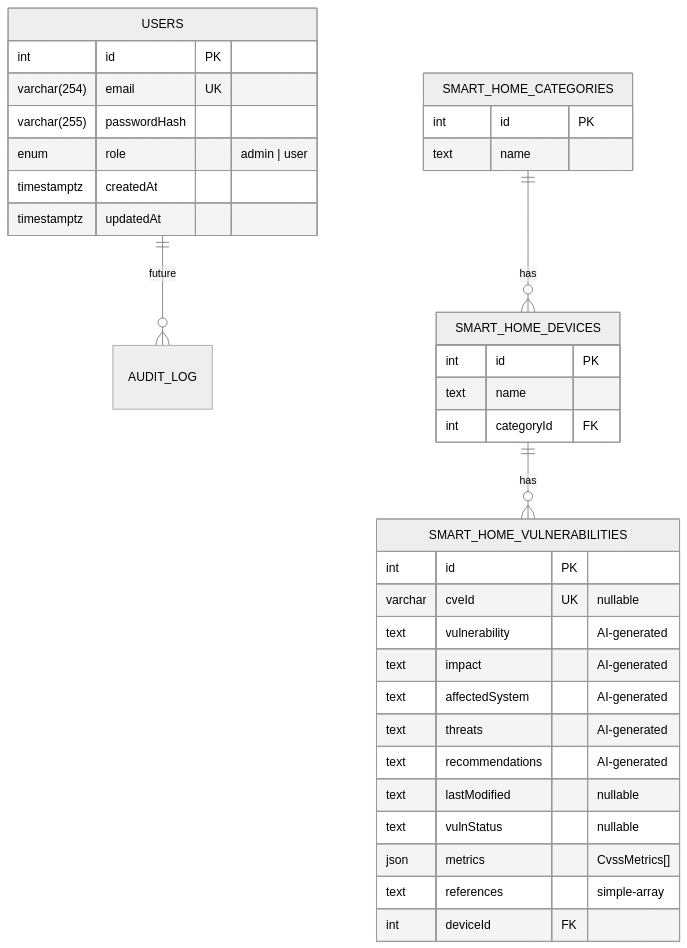
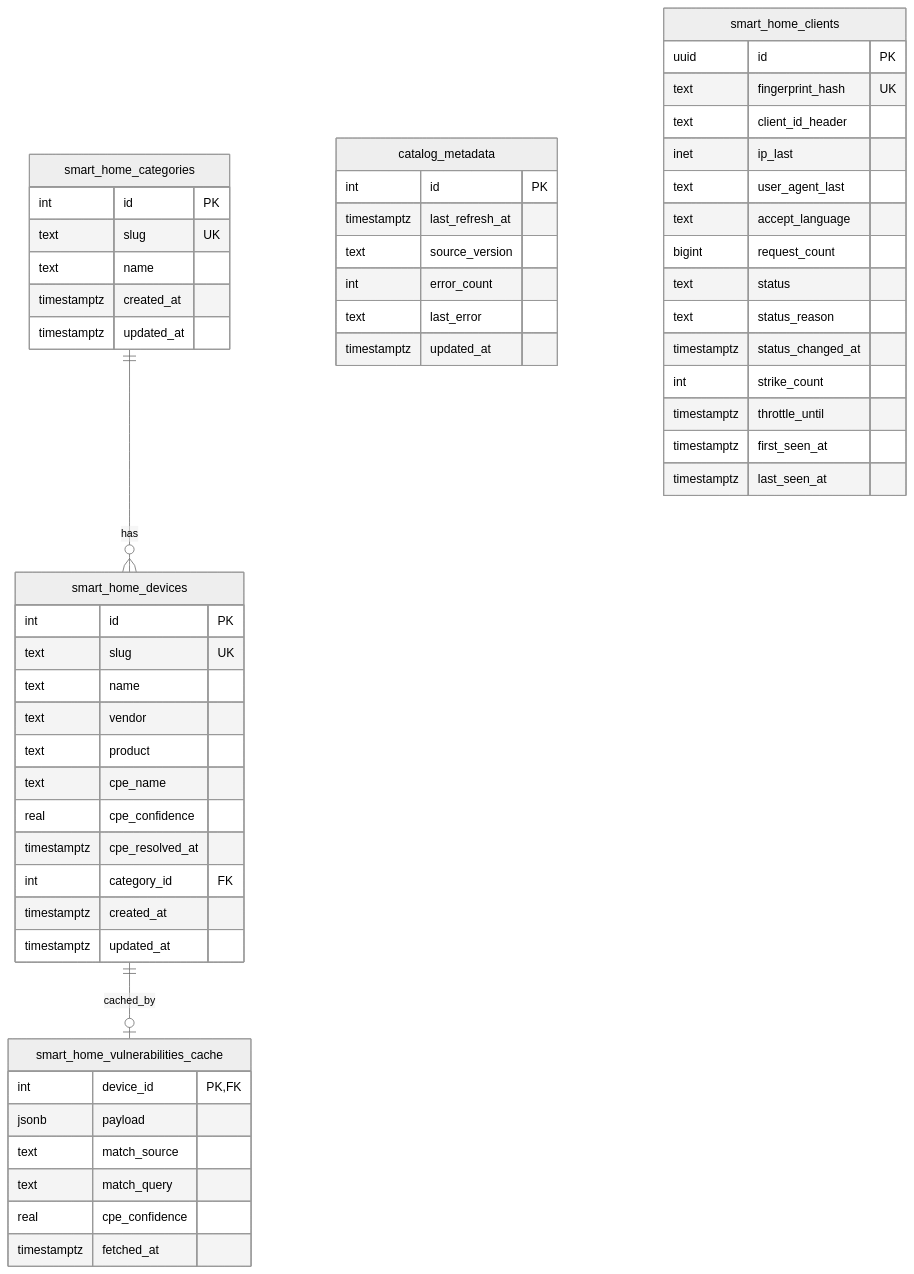
The second of 3 diagrams in docs/ARCHITECTURE.md (josebright/iot-deviceshield), drawn with Mermaid (neutral theme) before and after one commit. The commit also changed other lines of this file and 6 other files, not shown here.

First line of the commit message:
docs: rewrite for local-Ollama architecture; relicense PolyForm Noncommercial 1.0

````diff
--- a/docs/ARCHITECTURE.md
+++ b/docs/ARCHITECTURE.md
@@ -56,38 +58,57 @@
 ```mermaid
 erDiagram
-  USERS ||--o{ AUDIT_LOG : "future"
-  SMART_HOME_CATEGORIES ||--o{ SMART_HOME_DEVICES : has
-  SMART_HOME_DEVICES    ||--o{ SMART_HOME_VULNERABILITIES : has
-
-  USERS {
-    int id PK
-    varchar(254) email UK
-    varchar(255) passwordHash
-    enum role "admin | user"
-    timestamptz createdAt
-    timestamptz updatedAt
-  }
-  SMART_HOME_CATEGORIES {
-    int id PK
-    text name
-  }
-  SMART_HOME_DEVICES {
-    int id PK
-    text name
-    int categoryId FK
-  }
-  SMART_HOME_VULNERABILITIES {
-    int id PK
-    varchar cveId UK "nullable"
-    text vulnerability "AI-generated"
-    text impact        "AI-generated"
-    text affectedSystem "AI-generated"
-    text threats       "AI-generated"
-    text recommendations "AI-generated"
-    text lastModified "nullable"
-    text vulnStatus   "nullable"
-    json metrics       "CvssMetrics[]"
-    text references    "simple-array"
-    int deviceId FK
-  }
+    smart_home_categories ||--o{ smart_home_devices : has
+    smart_home_devices ||--o| smart_home_vulnerabilities_cache : cached_by
+    smart_home_categories {
+        int id PK
+        text slug UK
+        text name
+        timestamptz created_at
+        timestamptz updated_at
+    }
+    smart_home_devices {
+        int id PK
+        text slug UK
+        text name
+        text vendor
+        text product
+        text cpe_name
+        real cpe_confidence
+        timestamptz cpe_resolved_at
+        int category_id FK
+        timestamptz created_at
+        timestamptz updated_at
+    }
+    smart_home_vulnerabilities_cache {
+        int device_id PK, FK
+        jsonb payload
+        text match_source
+        text match_query
+        real cpe_confidence
+        timestamptz fetched_at
+    }
+    catalog_metadata {
+        int id PK
+        timestamptz last_refresh_at
+        text source_version
+        int error_count
+        text last_error
+        timestamptz updated_at
+    }
+    smart_home_clients {
+        uuid id PK
+        text fingerprint_hash UK
+        text client_id_header
+        inet ip_last
+        text user_agent_last
+        text accept_language
+        bigint request_count
+        text status
+        text status_reason
+        timestamptz status_changed_at
+        int strike_count
+        timestamptz throttle_until
+        timestamptz first_seen_at
+        timestamptz last_seen_at
+    }
 ```
````
